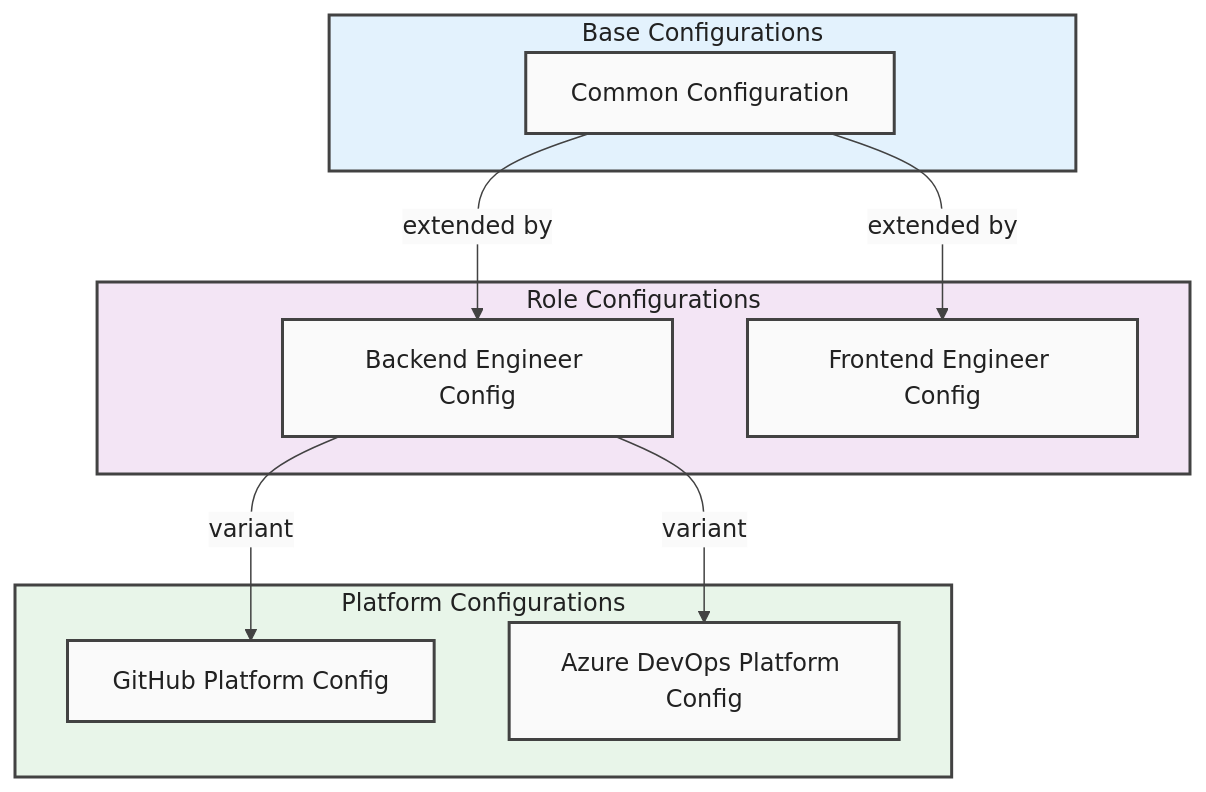
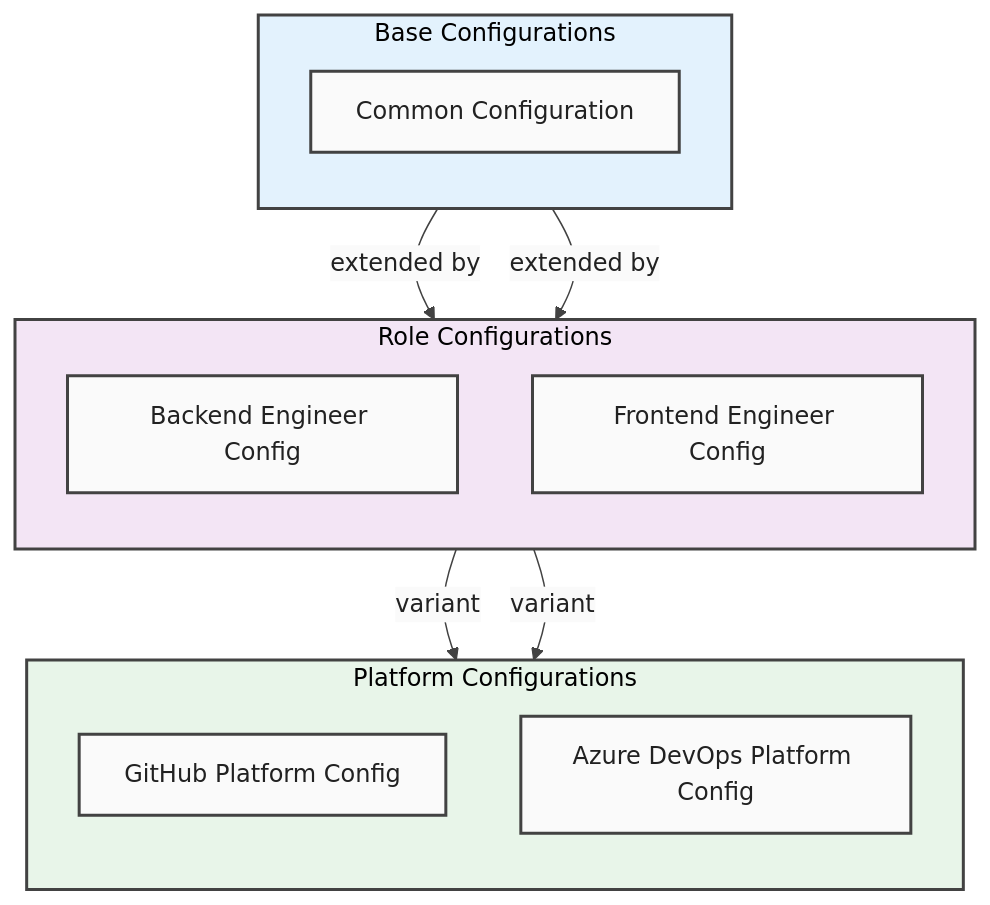
Before and after one commit to Evilazaro/DevExp-DevBox: diagram 11 of 11 in docs/architecture/Business.md, drawn with Mermaid. The commit also changed other lines of this file, not shown here.

Commit message:
docs: enhance Business Architecture document with flowchart direction and styling improvements

````diff
--- a/docs/architecture/Business.md
+++ b/docs/architecture/Business.md
@@ -1555,32 +1584,39 @@
 ```mermaid
 %%{init: {'theme': 'base', 'themeVariables': { 'primaryColor': '#FAFAFA', 'primaryBorderColor': '#424242', 'primaryTextColor': '#212121', 'lineColor': '#424242'}}}%%
 flowchart TB
     %% Style Definitions
     classDef default fill:#FAFAFA,stroke:#424242,stroke-width:2px,color:#212121
     classDef level1 fill:#E3F2FD,stroke:#424242,stroke-width:2px,color:#212121
     classDef level2 fill:#F3E5F5,stroke:#424242,stroke-width:2px,color:#212121
     classDef level3 fill:#E8F5E9,stroke:#424242,stroke-width:2px,color:#212121
 
     subgraph BASE["Base Configurations"]
+        direction TB
         CFG1["Common Configuration"]
     end
 
     subgraph ROLE["Role Configurations"]
+        direction TB
         CFG2["Backend Engineer Config"]
         CFG3["Frontend Engineer Config"]
     end
 
     subgraph PLATFORM["Platform Configurations"]
+        direction TB
         CFG4["GitHub Platform Config"]
         CFG5["Azure DevOps Platform Config"]
     end
 
     CFG1 -->|"extended by"| CFG2
     CFG1 -->|"extended by"| CFG3
     CFG2 -->|"variant"| CFG4
     CFG2 -->|"variant"| CFG5
 
     class BASE level1
     class ROLE level2
     class PLATFORM level3
+
+    style BASE fill:#E3F2FD,stroke:#424242,stroke-width:2px
+    style ROLE fill:#F3E5F5,stroke:#424242,stroke-width:2px
+    style PLATFORM fill:#E8F5E9,stroke:#424242,stroke-width:2px
 ```
````
